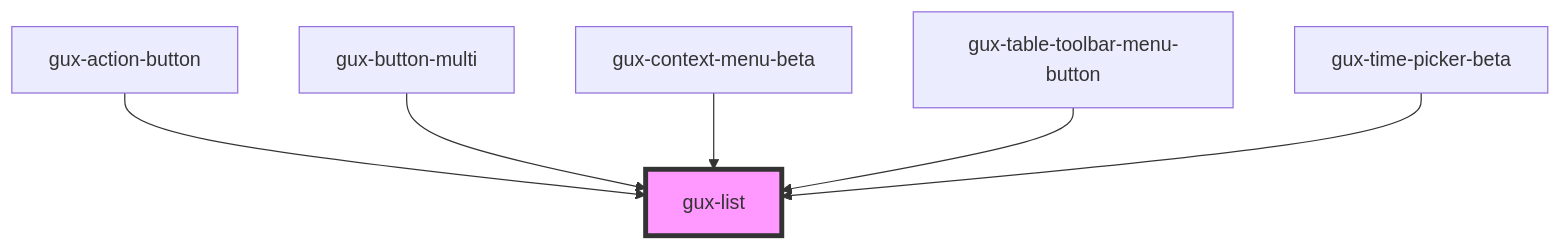
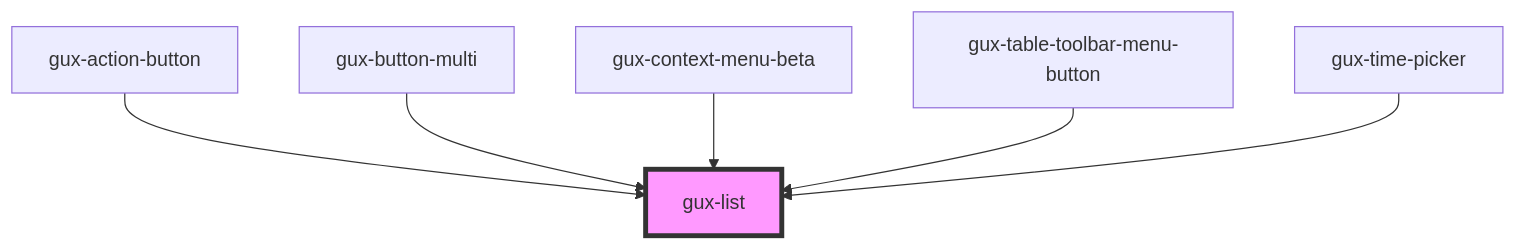
One commit to MyPureCloud/genesys-spark changed the diagram in packages/genesys-spark-components/src/components/stable/gux-list/readme.md. Above: the diagram before and after it, drawn with Mermaid. The commit also changed other lines of this file and 23 other files, not shown here.

First line of the commit message:
refactor(time-picker): beta to stable

````diff
--- a/packages/genesys-spark-components/src/components/stable/gux-list/readme.md
+++ b/packages/genesys-spark-components/src/components/stable/gux-list/readme.md
@@ -83,9 +83,9 @@
 ```mermaid
 graph TD;
   gux-action-button --> gux-list
   gux-button-multi --> gux-list
   gux-context-menu-beta --> gux-list
   gux-table-toolbar-menu-button --> gux-list
-  gux-time-picker-beta --> gux-list
+  gux-time-picker --> gux-list
   style gux-list fill:#f9f,stroke:#333,stroke-width:4px
 ```
````
